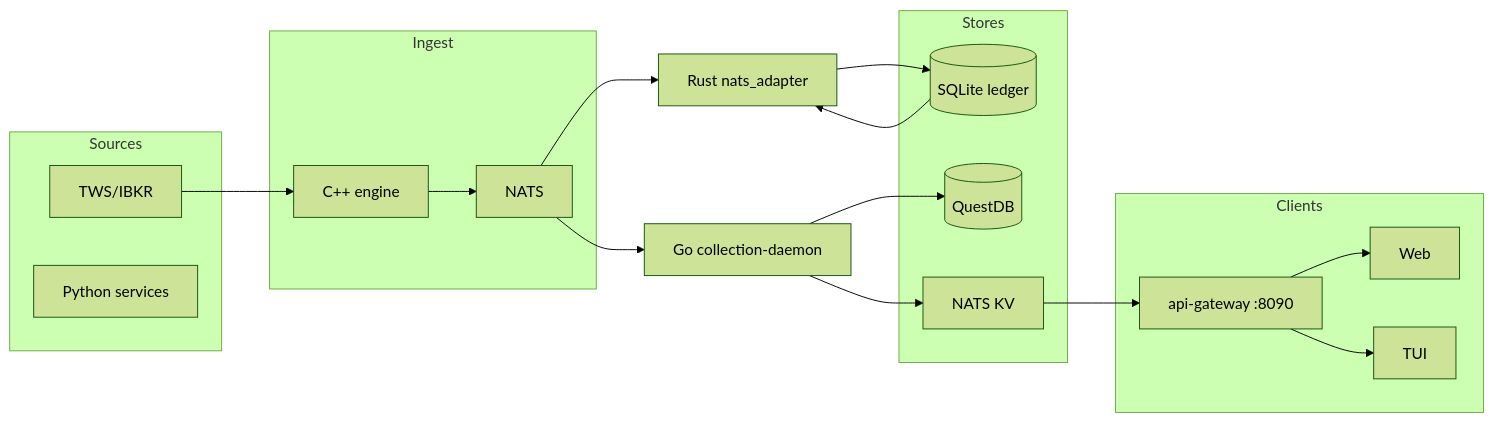
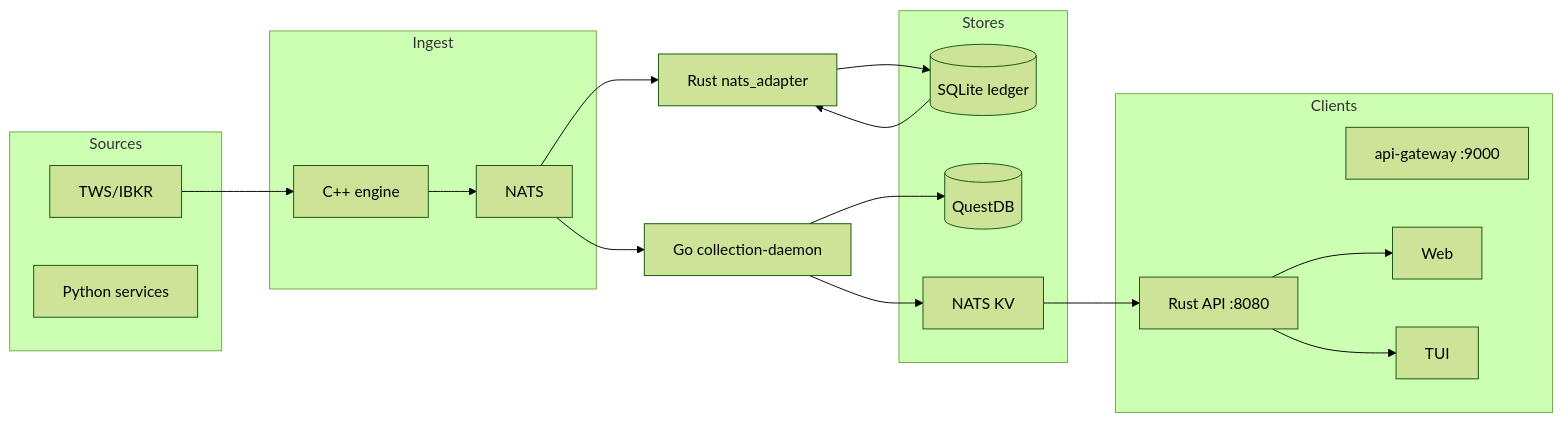
Before and after one commit to davidl71/Aether: the diagram in docs/platform/DATAFLOW_ARCHITECTURE.md, drawn with Mermaid (forest theme). The commit also changed other lines of this file and 9 other files, not shown here.

````diff
--- a/docs/platform/DATAFLOW_ARCHITECTURE.md
+++ b/docs/platform/DATAFLOW_ARCHITECTURE.md
@@ -249,32 +258,33 @@
 ```mermaid
 flowchart LR
   subgraph sources [Sources]
     TWS[TWS/IBKR]
     Python[Python services]
   end
   subgraph ingest [Ingest]
     Cpp[C++ engine]
     Nats[NATS]
   end
   subgraph stores [Stores]
     Ledger[(SQLite ledger)]
     QDB[(QuestDB)]
     KV[NATS KV]
   end
   subgraph clients [Clients]
-    Gateway[api-gateway :8090]
+    Gateway[api-gateway :9000]
+    RustApi[Rust API :8080]
     Web[Web]
     TUI[TUI]
   end
   TWS --> Cpp
   Cpp --> Nats
   Nats --> Collector[Go collection-daemon]
   Nats --> Rust[Rust nats_adapter]
   Collector --> QDB
   Collector --> KV
   Rust --> Ledger
-  Gateway --> Web
-  Gateway --> TUI
+  RustApi --> Web
+  RustApi --> TUI
   Ledger --> Rust
-  KV --> Gateway
+  KV --> RustApi
 ```
````
